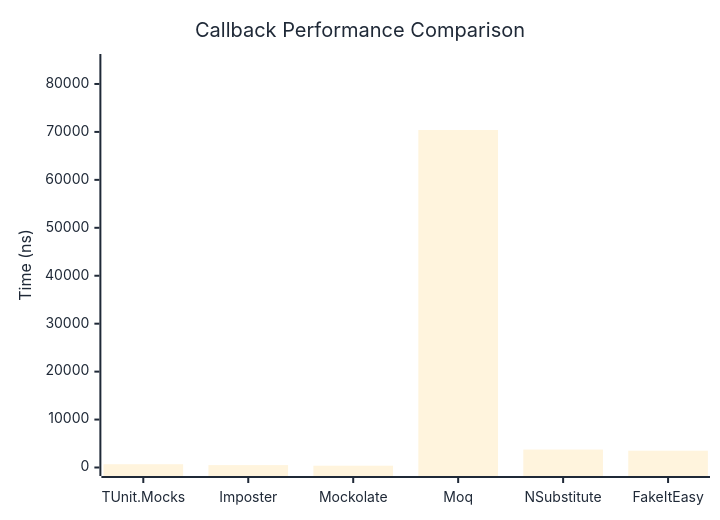
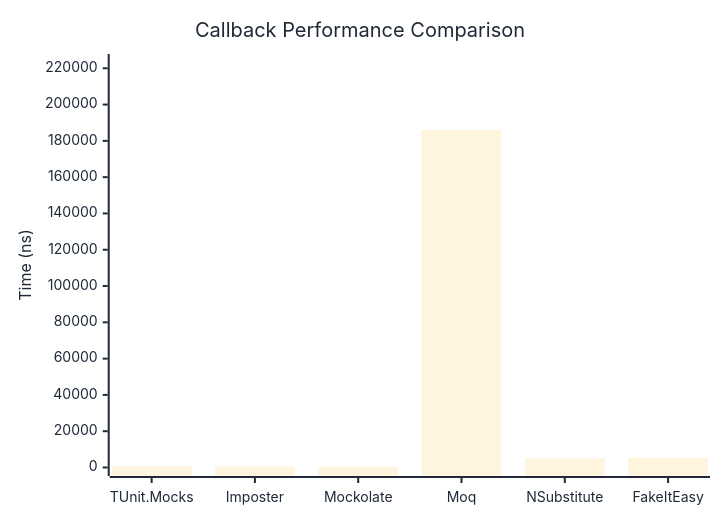
The first of 2 diagrams in docs/docs/benchmarks/mocks/Callback.md (thomhurst/TUnit), drawn with Mermaid before and after one commit. The commit also changed other lines of this file and 14 other files, not shown here.

````diff
--- a/docs/docs/benchmarks/mocks/Callback.md
+++ b/docs/docs/benchmarks/mocks/Callback.md
@@ -30,27 +30,27 @@
 ```mermaid
 %%{init: {
   'theme':'base',
   'themeVariables': {
     'primaryColor': '#2563eb',
     'primaryTextColor': '#1f2937',
     'primaryBorderColor': '#1e40af',
     'lineColor': '#6b7280',
     'secondaryColor': '#7c3aed',
     'tertiaryColor': '#dc2626',
     'background': '#ffffff',
     'pie1': '#2563eb',
     'pie2': '#7c3aed',
     'pie3': '#dc2626',
     'pie4': '#f59e0b',
     'pie5': '#10b981',
     'pie6': '#06b6d4',
     'pie7': '#ec4899',
     'pie8': '#6366f1'
   }
 }}%%
 xychart-beta
   title "Callback Performance Comparison"
   x-axis ["TUnit.Mocks", "Imposter", "Mockolate", "Moq", "NSubstitute", "FakeItEasy"]
-  y-axis "Time (ns)" 0 --> 84478
-  bar [683.2, 501.2, 377.3, 70398.2, 3741.8, 3506.1]
+  y-axis "Time (ns)" 0 --> 223181
+  bar [742.6, 503.9, 383.2, 185983.4, 4921, 5444.1]
 ```
````
